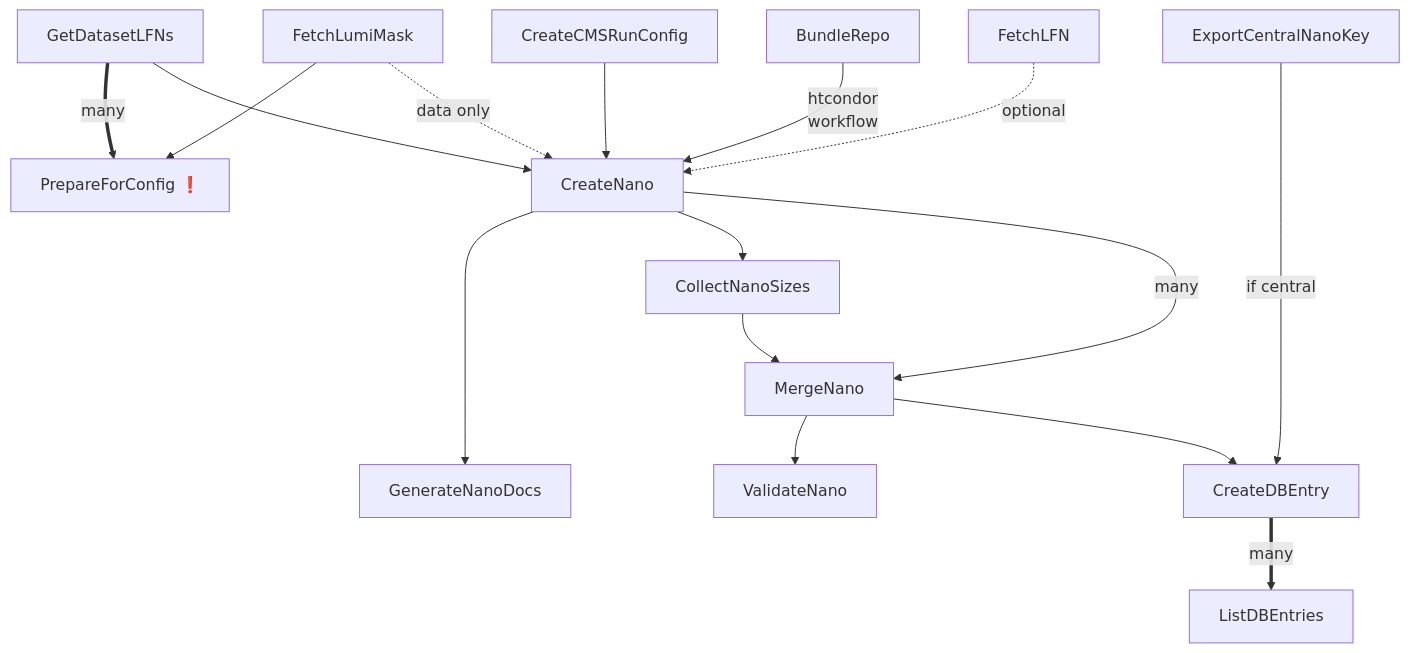
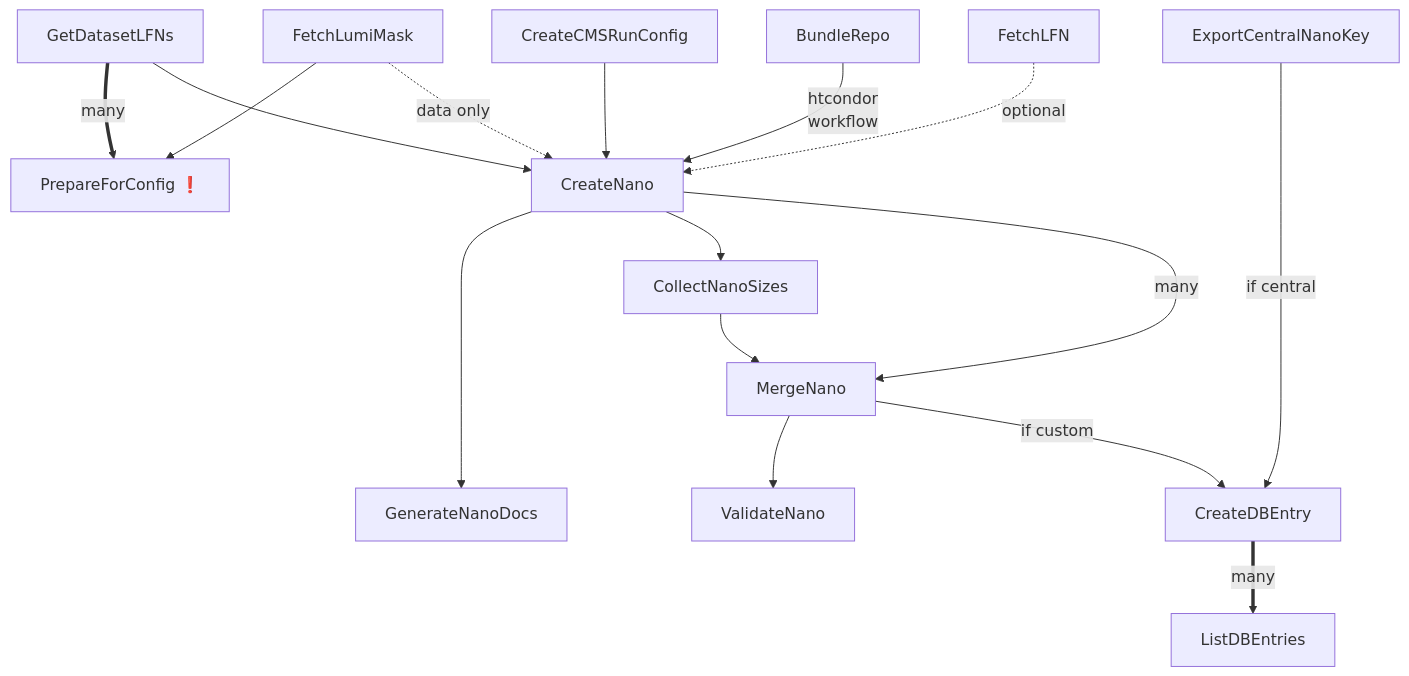
Before and after one commit to uhh-cms/nanogen: the diagram in README.md, drawn with Mermaid. The commit also changed 1 other file, not shown here.

Commit message:
Port wrapper parameters.

````diff
--- a/README.md
+++ b/README.md
@@ -18,18 +18,18 @@
 ```mermaid
 flowchart TD
   FetchLumiMask --> PrepareForConfig
   GetDatasetLFNs == many ==> PrepareForConfig["PrepareForConfig ❗️"]
   GetDatasetLFNs --> CreateNano
   CreateCMSRunConfig --> CreateNano
   BundleRepo -- htcondor<br />workflow --> CreateNano
   FetchLFN -. optional .-> CreateNano
   FetchLumiMask -. data only .-> CreateNano
   CreateNano ----> GenerateNanoDocs
   CreateNano --> CollectNanoSizes
   CollectNanoSizes --> MergeNano
   CreateNano -- many --> MergeNano
   MergeNano --> ValidateNano
-  MergeNano --> CreateDBEntry
+  MergeNano -- if custom --> CreateDBEntry
   ExportCentralNanoKey -- if central -----> CreateDBEntry
   CreateDBEntry == many ==> ListDBEntries
 ```
````
